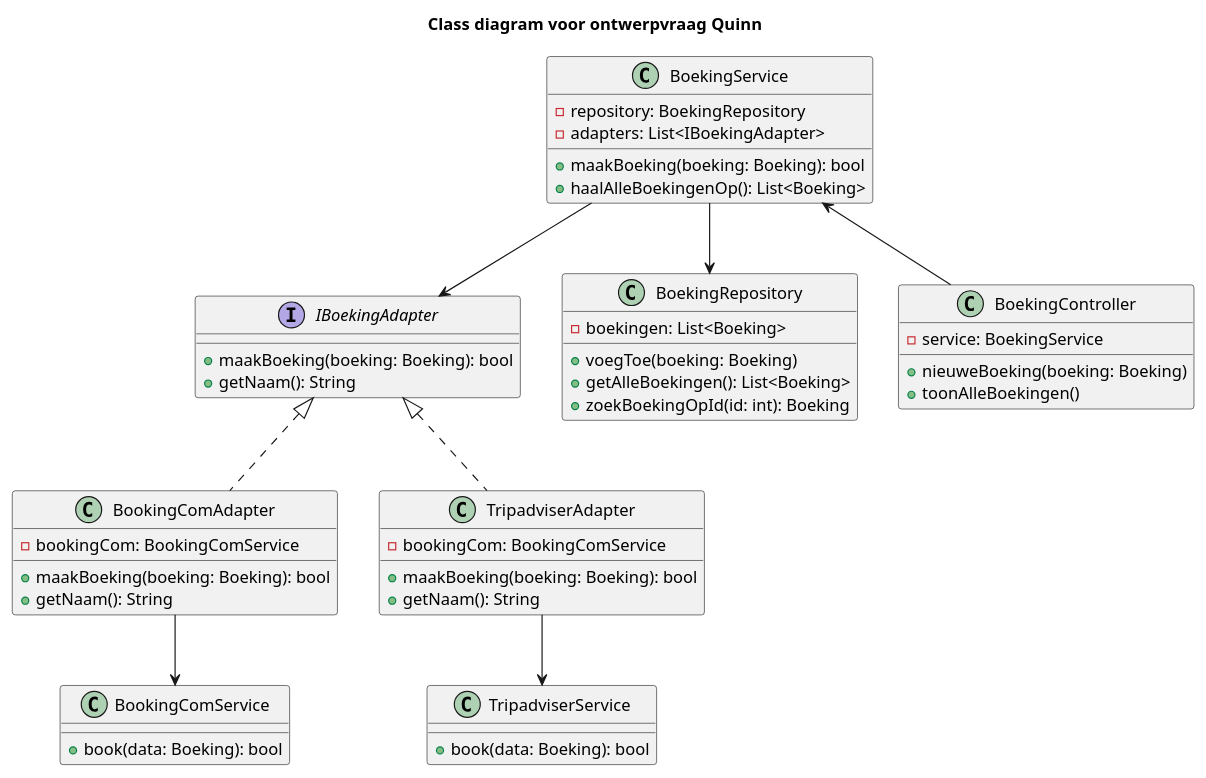
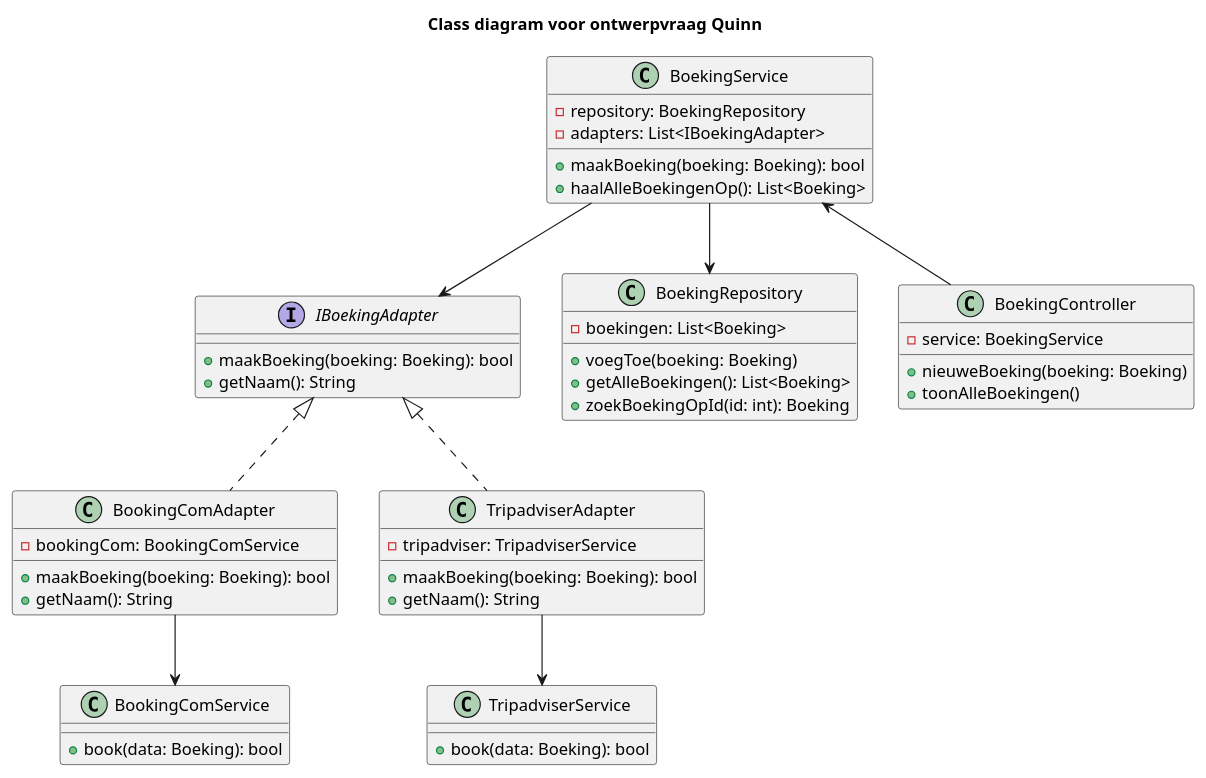
The diagram in W3/Diagrammen/ClassD/Class diagram Quinn.puml (AIM-ENE-feb25/triptop-sqr-tech), drawn with PlantUML before and after one commit.

Commit message:
kleine aanpassing class diagram

```diff
--- a/W3/Diagrammen/ClassD/Class diagram Quinn.puml
+++ b/W3/Diagrammen/ClassD/Class diagram Quinn.puml
@@ -1,62 +1,62 @@
 @startuml
 'https://plantuml.com/class-diagram
 
 title Class diagram voor ontwerpvraag Quinn
 
 
 
 interface IBoekingAdapter {
     + maakBoeking(boeking: Boeking): bool
     + getNaam(): String
 }
 
 class BookingComService {
     + book(data: Boeking): bool
 }
 
 
 class BookingComAdapter implements IBoekingAdapter {
     - bookingCom: BookingComService
     + maakBoeking(boeking: Boeking): bool
     + getNaam(): String
 }
 
 class TripadviserService {
     + book(data: Boeking): bool
 }
 
 
 class TripadviserAdapter implements IBoekingAdapter {
-    - bookingCom: BookingComService
+    - tripadviser: TripadviserService
     + maakBoeking(boeking: Boeking): bool
     + getNaam(): String
 }
 
 
 class BoekingRepository {
     - boekingen: List<Boeking>
     + voegToe(boeking: Boeking)
     + getAlleBoekingen(): List<Boeking>
     + zoekBoekingOpId(id: int): Boeking
 }
 
 class BoekingService {
     - repository: BoekingRepository
     - adapters: List<IBoekingAdapter>
     + maakBoeking(boeking: Boeking): bool
     + haalAlleBoekingenOp(): List<Boeking>
 }
 
 class BoekingController {
     - service: BoekingService
     + nieuweBoeking(boeking: Boeking)
     + toonAlleBoekingen()
 }
 
 TripadviserAdapter --> TripadviserService
 BookingComAdapter --> BookingComService
 
 BoekingService --> IBoekingAdapter
 BoekingService --> BoekingRepository
 BoekingService <-- BoekingController
 @enduml
```
